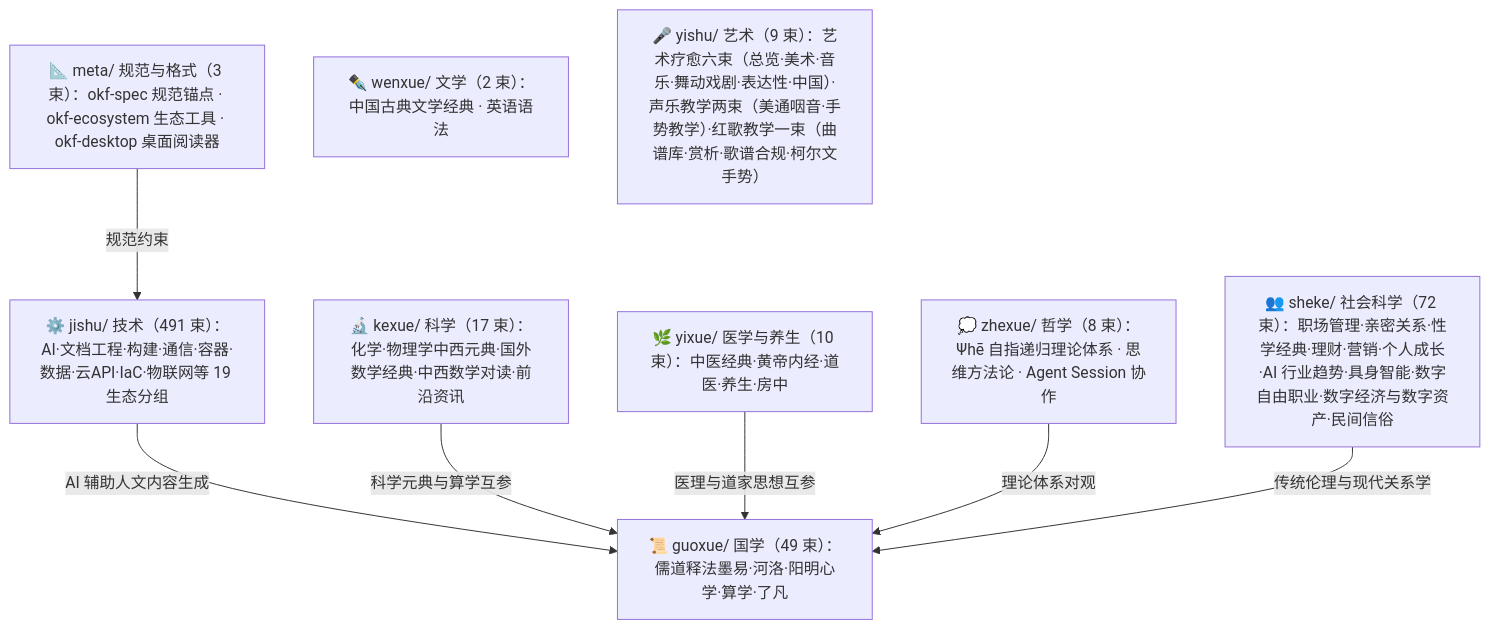
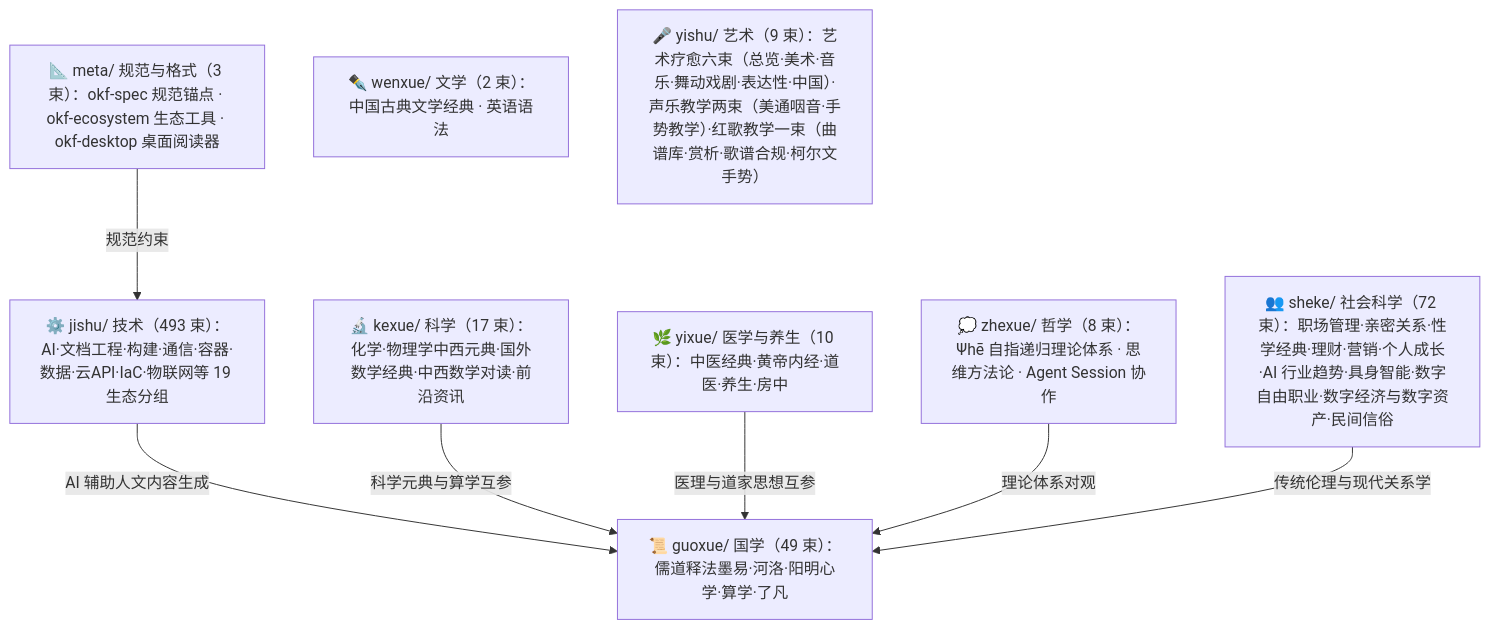
One commit to awesome-flexloop/awesome-okf changed the diagram in doc/bundles/index.md. Above: the diagram before and after it, drawn with Mermaid. The commit also changed other lines of this file and 37 other files, not shown here.

````diff
--- a/doc/bundles/index.md
+++ b/doc/bundles/index.md
@@ -21,18 +21,18 @@
 ```mermaid
 flowchart TD
     meta["📐 meta/ 规范与格式（3 束）：okf-spec 规范锚点 · okf-ecosystem 生态工具 · okf-desktop 桌面阅读器"]
     guoxue["📜 guoxue/ 国学（49 束）：儒道释法墨易·河洛·阳明心学·算学·了凡"]
     zhexue["💭 zhexue/ 哲学（8 束）：Ψhē 自指递归理论体系 · 思维方法论 · Agent Session 协作"]
     kexue["🔬 kexue/ 科学（17 束）：化学·物理学中西元典·国外数学经典·中西数学对读·前沿资讯"]
     wenxue["✒️ wenxue/ 文学（2 束）：中国古典文学经典 · 英语语法"]
     yixue["🌿 yixue/ 医学与养生（10 束）：中医经典·黄帝内经·道医·养生·房中"]
     sheke["👥 sheke/ 社会科学（72 束）：职场管理·亲密关系·性学经典·理财·营销·个人成长·AI 行业趋势·具身智能·数字自由职业·数字经济与数字资产·民间信俗"]
     yishu["🎤 yishu/ 艺术（9 束）：艺术疗愈六束（总览·美术·音乐·舞动戏剧·表达性·中国）·声乐教学两束（美通咽音·手势教学）·红歌教学一束（曲谱库·赏析·歌谱合规·柯尔文手势）"]
-    jishu["⚙️ jishu/ 技术（491 束）：AI·文档工程·构建·通信·容器·数据·云API·IaC·物联网等 19 生态分组"]
+    jishu["⚙️ jishu/ 技术（493 束）：AI·文档工程·构建·通信·容器·数据·云API·IaC·物联网等 19 生态分组"]
     meta -->|"规范约束"| jishu
     jishu -->|"AI 辅助人文内容生成"| guoxue
     kexue -->|"科学元典与算学互参"| guoxue
     yixue -->|"医理与道家思想互参"| guoxue
     zhexue -->|"理论体系对观"| guoxue
     sheke -->|"传统伦理与现代关系学"| guoxue
 ```
````
